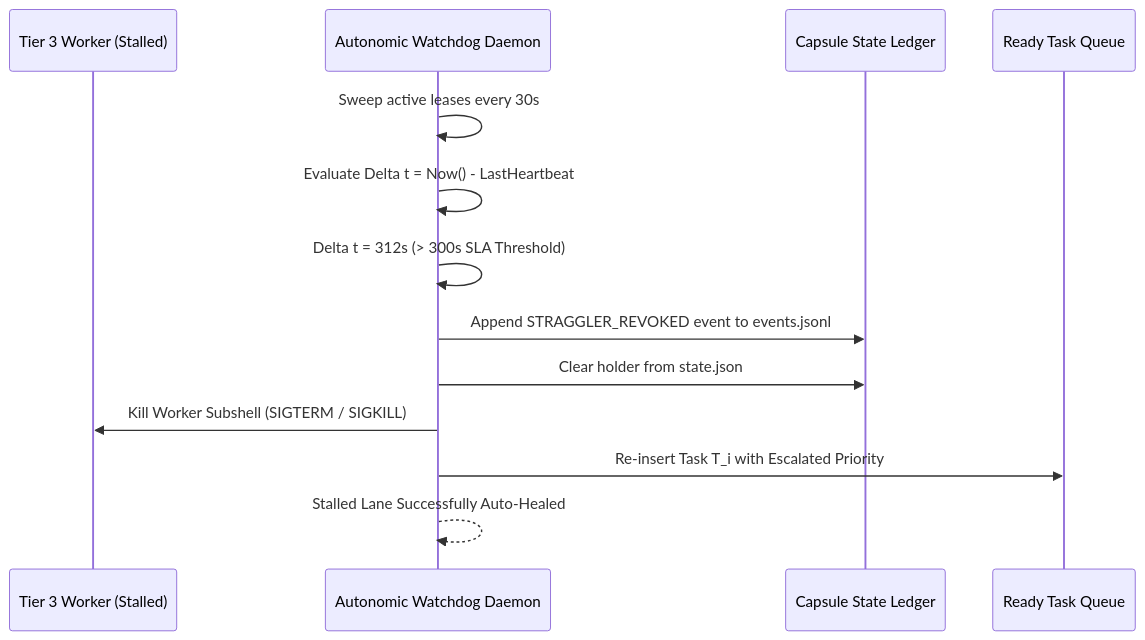
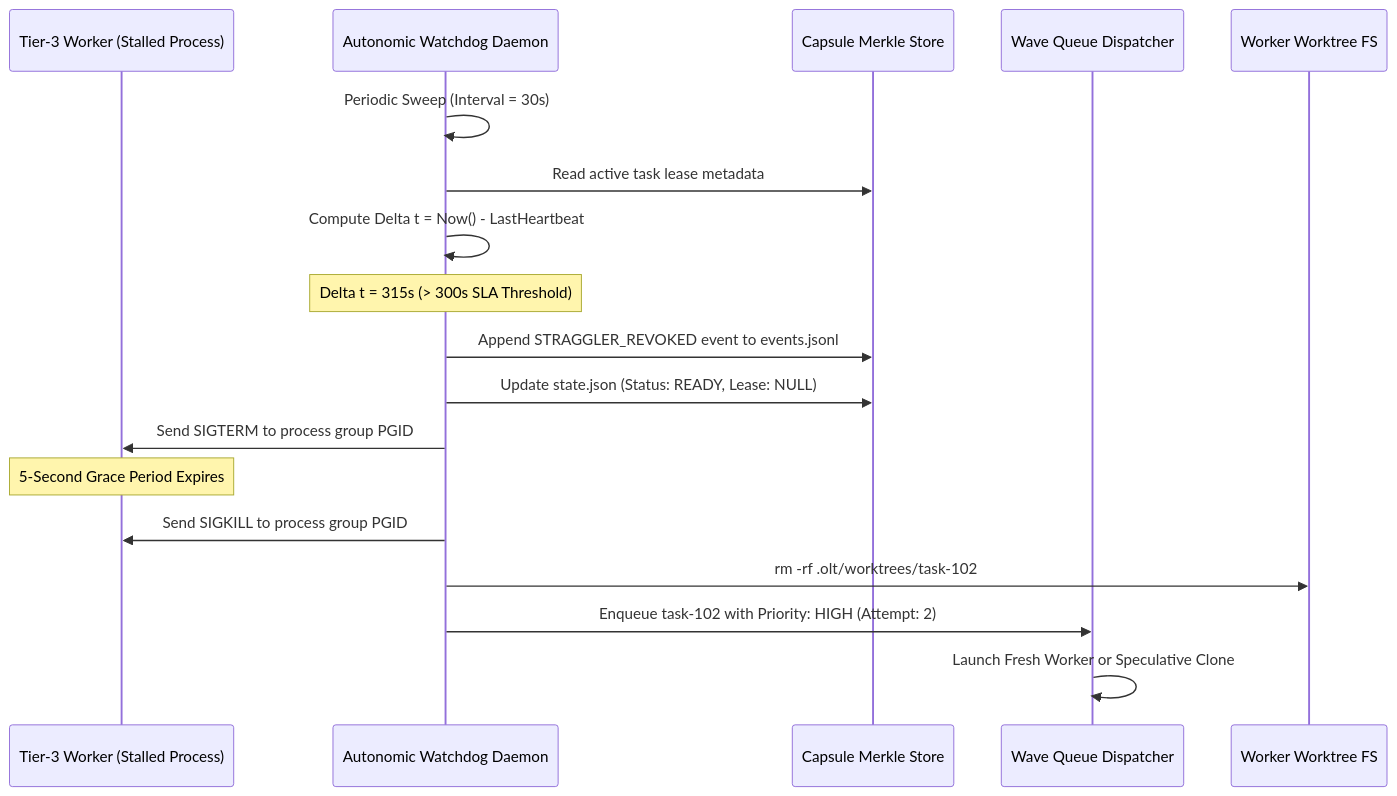
Before and after one commit to onurseckin/skills: the diagram in docs/olt/architecture/05-concurrency-straggler-sla/05-03-five-minute-straggler-sla-rule.md, drawn with Mermaid. The commit also changed other lines of this file and 163 other files, not shown here.

````diff
--- a/docs/olt/architecture/05-concurrency-straggler-sla/05-03-five-minute-straggler-sla-rule.md
+++ b/docs/olt/architecture/05-concurrency-straggler-sla/05-03-five-minute-straggler-sla-rule.md
@@ -61,16 +82,22 @@
 ```mermaid
 sequenceDiagram
-    participant Worker as Tier 3 Worker (Stalled)
+    participant Worker as Tier-3 Worker (Stalled Process)
     participant Watchdog as Autonomic Watchdog Daemon
-    participant Capsule as Capsule State Ledger
-    participant Pool as Ready Task Queue
+    participant CapsuleFS as Capsule Merkle Store
+    participant Scheduler as Wave Queue Dispatcher
+    participant Worktree as Worker Worktree FS
 
-    Watchdog->>Watchdog: Sweep active leases every 30s
-    Watchdog->>Watchdog: Evaluate Delta t = Now() - LastHeartbeat
-    Watchdog->>Watchdog: Delta t = 312s (> 300s SLA Threshold)
-    Watchdog->>Capsule: Append STRAGGLER_REVOKED event to events.jsonl
-    Watchdog->>Capsule: Clear holder from state.json
-    Watchdog->>Worker: Kill Worker Subshell (SIGTERM / SIGKILL)
-    Watchdog->>Pool: Re-insert Task T_i with Escalated Priority
-    Watchdog-->>Watchdog: Stalled Lane Successfully Auto-Healed
+    Watchdog->>Watchdog: Periodic Sweep (Interval = 30s)
+    Watchdog->>CapsuleFS: Read active task lease metadata
+    Watchdog->>Watchdog: Compute Delta t = Now() - LastHeartbeat
+    Note over Watchdog: Delta t = 315s (> 300s SLA Threshold)
+
+    Watchdog->>CapsuleFS: Append STRAGGLER_REVOKED event to events.jsonl
+    Watchdog->>CapsuleFS: Update state.json (Status: READY, Lease: NULL)
+    Watchdog->>Worker: Send SIGTERM to process group PGID
+    Note over Worker: 5-Second Grace Period Expires
+    Watchdog->>Worker: Send SIGKILL to process group PGID
+    Watchdog->>Worktree: rm -rf .olt/worktrees/task-102
+    Watchdog->>Scheduler: Enqueue task-102 with Priority: HIGH (Attempt: 2)
+    Scheduler->>Scheduler: Launch Fresh Worker or Speculative Clone
 ```
````
